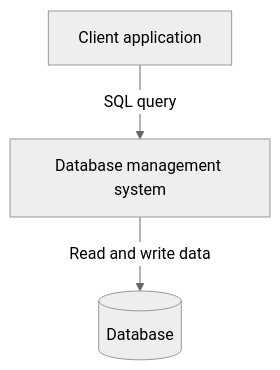
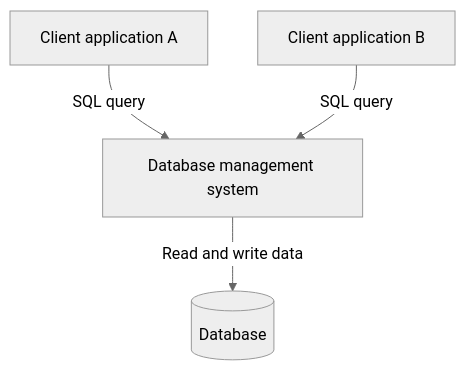
Before and after one commit to Kaltsoon/data-management-and-databases: the first of 3 diagrams in slidev/03-introduction-to-sql.md, drawn with Mermaid (neutral theme). The commit also changed other lines of this file and 1 other file, not shown here.

````diff
--- a/slidev/03-introduction-to-sql.md
+++ b/slidev/03-introduction-to-sql.md
@@ -59,4 +60,5 @@
 ```mermaid
 flowchart TD
-    application_a[Client application] -->|SQL query| dbms[Database management system] -->|Read and write data| database[(Database)]
+    application_a[Client application A] -->|SQL query| dbms[Database management system] -->|Read and write data| database[(Database)]
+    application_b[Client application B] -->|SQL query| dbms
 ```
````
